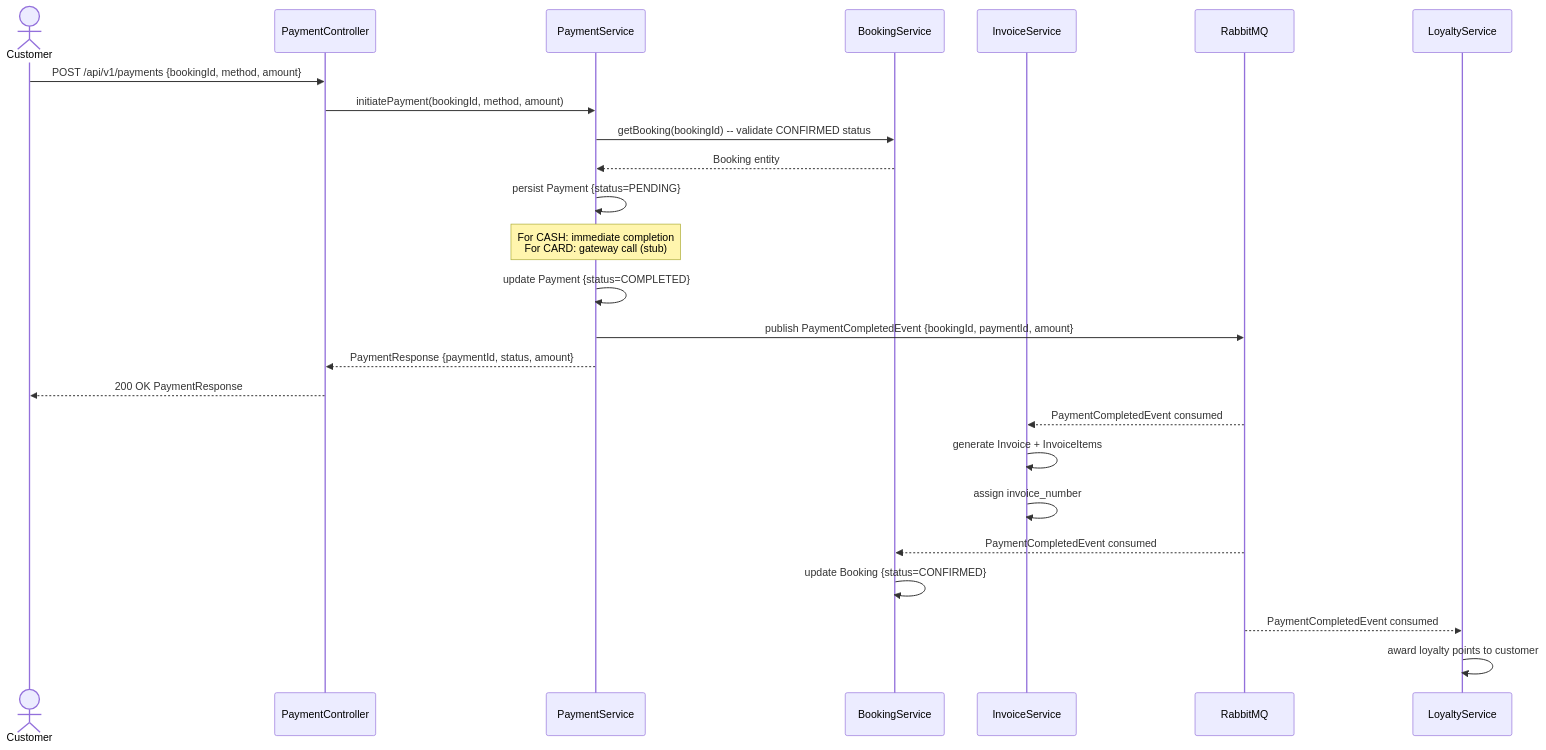
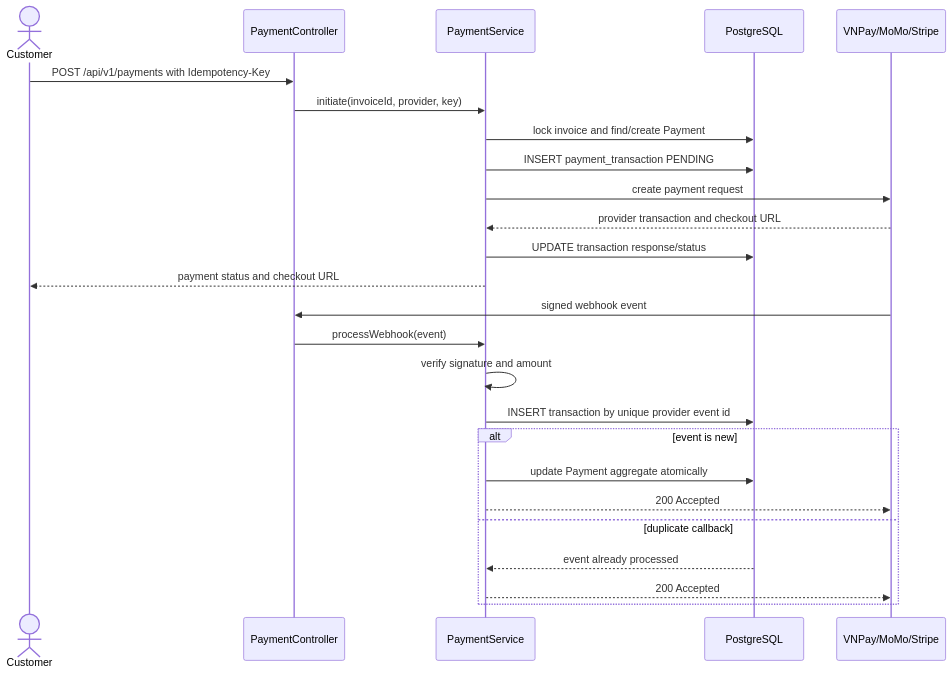
One commit to CaptainDuc/Pet_Management_System changed the fourth of 7 diagrams in docs/sequence-diagrams.md. Above: the diagram before and after it, drawn with Mermaid. The commit also changed other lines of this file and 158 other files, not shown here.

````diff
--- a/docs/sequence-diagrams.md
+++ b/docs/sequence-diagrams.md
@@ -67,31 +90,29 @@
 ```mermaid
 sequenceDiagram
     actor C as Customer
     participant PC as PaymentController
     participant PS as PaymentService
-    participant BS as BookingService
-    participant IS as InvoiceService
-    participant MQ as RabbitMQ
-    participant LS as LoyaltyService
+    participant DB as PostgreSQL
+    participant G as VNPay/MoMo/Stripe
 
-    C->>PC: POST /api/v1/payments {bookingId, method, amount}
-    PC->>PS: initiatePayment(bookingId, method, amount)
-    PS->>BS: getBooking(bookingId) -- validate CONFIRMED status
-    BS-->>PS: Booking entity
-    PS->>PS: persist Payment {status=PENDING}
-    note over PS: For CASH: immediate completion<br/>For CARD: gateway call (stub)
-    PS->>PS: update Payment {status=COMPLETED}
-    PS->>MQ: publish PaymentCompletedEvent {bookingId, paymentId, amount}
-    PS-->>PC: PaymentResponse {paymentId, status, amount}
-    PC-->>C: 200 OK PaymentResponse
+    C->>PC: POST /api/v1/payments with Idempotency-Key
+    PC->>PS: initiate(invoiceId, provider, key)
+    PS->>DB: lock invoice and find/create Payment
+    PS->>DB: INSERT payment_transaction PENDING
+    PS->>G: create payment request
+    G-->>PS: provider transaction and checkout URL
+    PS->>DB: UPDATE transaction response/status
+    PS-->>C: payment status and checkout URL
 
-    MQ-->>IS: PaymentCompletedEvent consumed
-    IS->>IS: generate Invoice + InvoiceItems
-    IS->>IS: assign invoice_number
-
-    MQ-->>BS: PaymentCompletedEvent consumed
-    BS->>BS: update Booking {status=CONFIRMED}
-
-    MQ-->>LS: PaymentCompletedEvent consumed
-    LS->>LS: award loyalty points to customer
+    G->>PC: signed webhook event
+    PC->>PS: processWebhook(event)
+    PS->>PS: verify signature and amount
+    PS->>DB: INSERT transaction by unique provider event id
+    alt event is new
+        PS->>DB: update Payment aggregate atomically
+        PS-->>G: 200 Accepted
+    else duplicate callback
+        DB-->>PS: event already processed
+        PS-->>G: 200 Accepted
+    end
 ```
````
